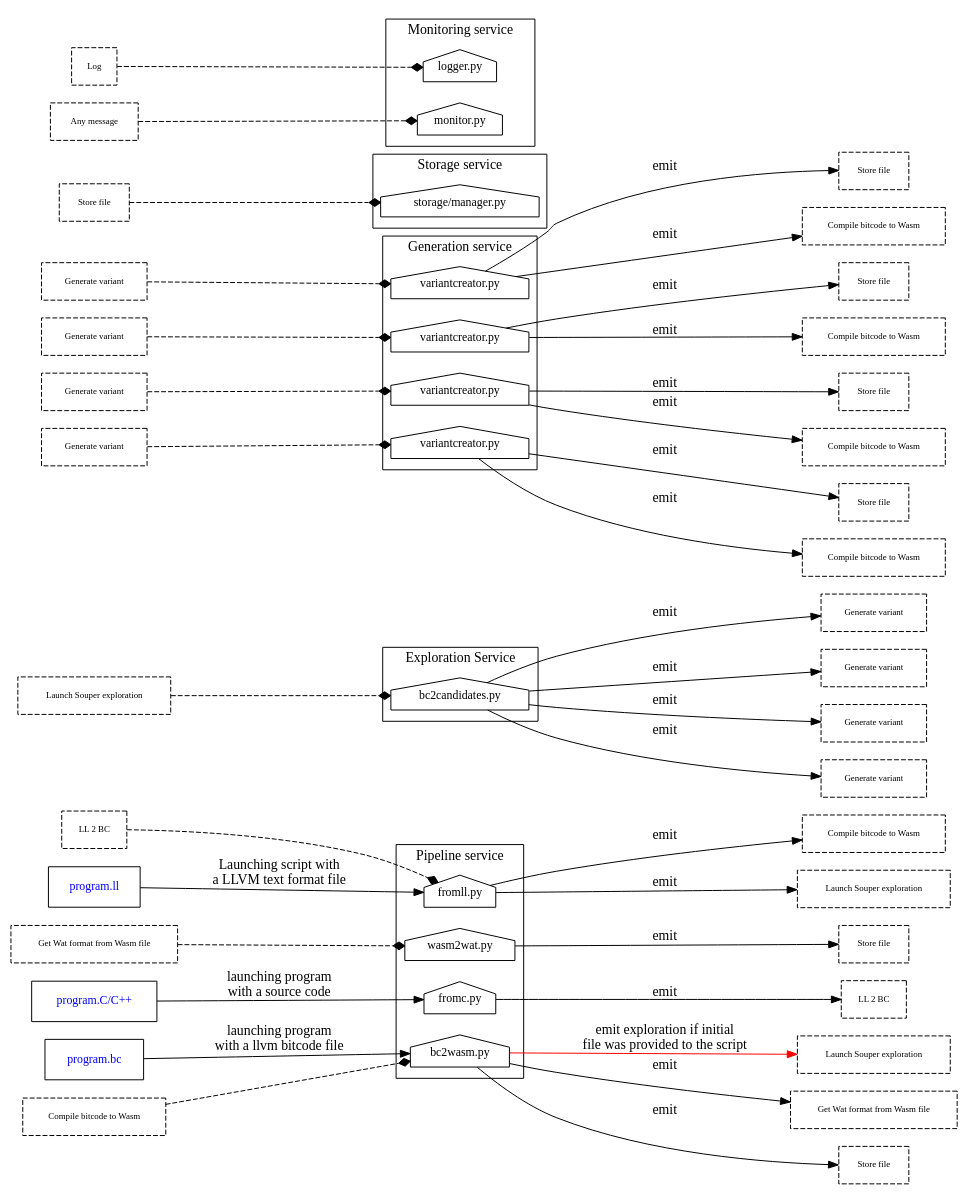
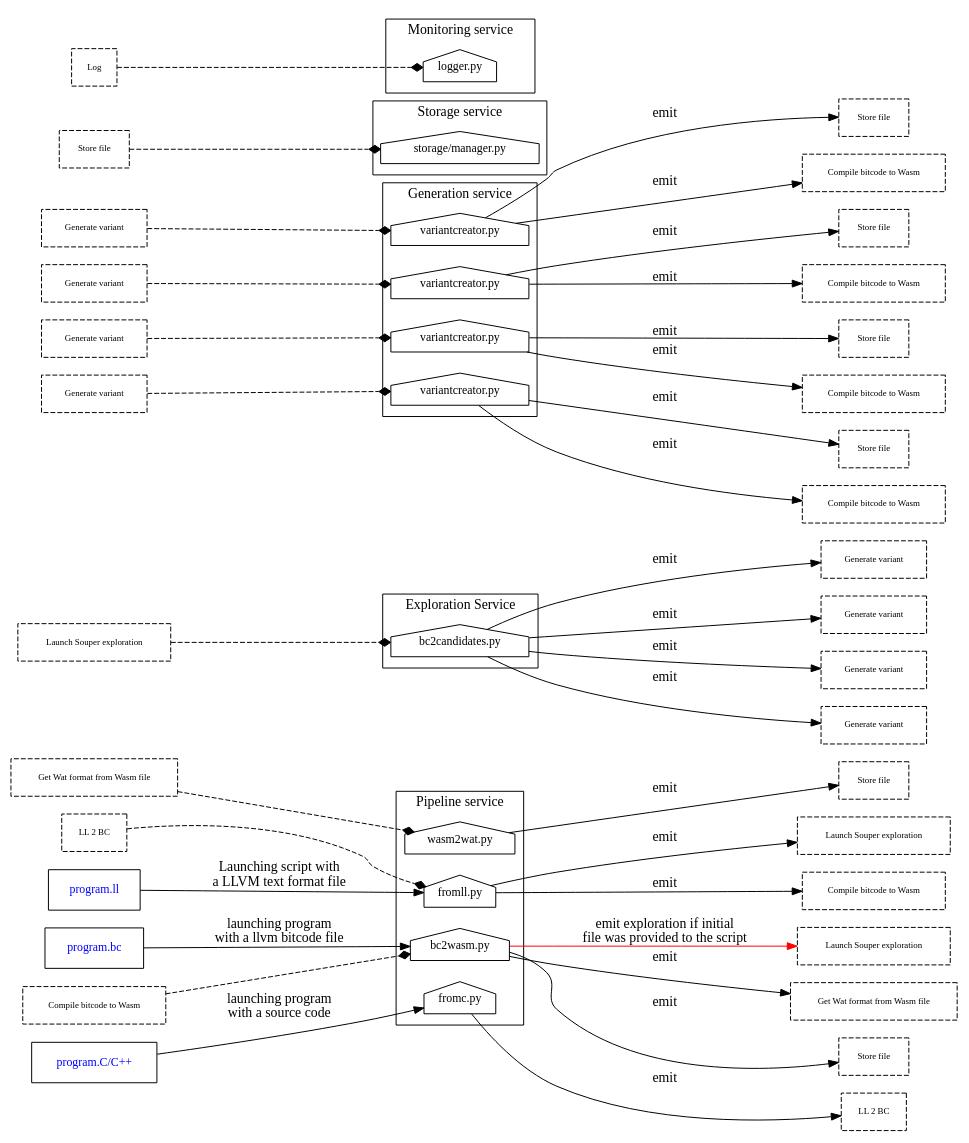
Before and after one commit to ASSERT-KTH/slumps: the diagram in crow/docs/schema.dot, drawn with Graphviz. The commit also changed 3 other files, not shown here.

```diff
--- a/crow/docs/schema.dot
+++ b/crow/docs/schema.dot
@@ -1,181 +1,179 @@
 digraph schemas {
     rankdir="LR"
     concentrate="true"
     # Messages
     {
         node [margin=0.2 fontcolor=black fontsize=9 width=0.5 shape=box style=dashed]
         LL2BC_MESSAGE1 [label="LL 2 BC"]
         LL2BC_MESSAGE2 [label="LL 2 BC"]
         #LL2BC_MESSAGE3 [label="LL 2 BC"]
         #LL2BC_MESSAGE4 [label="LL 2 BC"]
         #LL2BC_MESSAGE5 [label="LL 2 BC"]
         #LL2BC_MESSAGE6 [label="LL 2 BC"]
         #LL2BC_MESSAGE7 [label="LL 2 BC"]
 
         BC2Candidates_MESSAGE1 [label="Launch Souper exploration"]
         BC2Candidates_MESSAGE2 [label="Launch Souper exploration"]
         BC2Candidates_MESSAGE3 [label="Launch Souper exploration"]
         #BC2Candidates_MESSAGE4 [label="Launch Souper exploration"]
         #BC2Candidates_MESSAGE5 [label="Launch Souper exploration"]
 
         BC2WASM_MESSAGE1 [label="Compile bitcode to Wasm"]
         BC2WASM_MESSAGE2 [label="Compile bitcode to Wasm"]
         #BC2WASM_MESSAGE3 [label="Compile bitcode to Wasm"]
         #BC2WASM_MESSAGE4 [label="Compile bitcode to Wasm"]
         BC2WASM_MESSAGE5 [label="Compile bitcode to Wasm"]
         BC2WASM_MESSAGE8 [label="Compile bitcode to Wasm"]
         BC2WASM_MESSAGE9 [label="Compile bitcode to Wasm"]
         BC2WASM_MESSAGE6 [label="Compile bitcode to Wasm"]
 
         WASM2WAT_MESSAGE1 [label="Get Wat format from Wasm file"]
         WASM2WAT_MESSAGE2 [label="Get Wat format from Wasm file"]
         #WASM2WAT_MESSAGE5 [label="Get Wat format from Wasm file"]
         #WASM2WAT_MESSAGE8 [label="Get Wat format from Wasm file"]
         #WASM2WAT_MESSAGE9 [label="Get Wat format from Wasm file"]
 
         STORE_MESSAGE1 [label="Store file"]
         STORE_MESSAGE2 [label="Store file"]
         STORE_MESSAGE6 [label="Store file"]
         STORE_MESSAGE5 [label="Store file"]
         STORE_MESSAGE7 [label="Store file"]
         STORE_MESSAGE9 [label="Store file"]
         STORE_MESSAGE10 [label="Store file"]
 
         GENERATE_VARIANT_MESSAGE1 [label="Generate variant"]
         GENERATE_VARIANT_MESSAGE2 [label="Generate variant"]
         GENERATE_VARIANT_MESSAGE3 [label="Generate variant"]
         GENERATE_VARIANT_MESSAGE4 [label="Generate variant"]
         GENERATE_VARIANT_MESSAGE5 [label="Generate variant"]
         GENERATE_VARIANT_MESSAGE6 [label="Generate variant"]
         GENERATE_VARIANT_MESSAGE7 [label="Generate variant"]
         GENERATE_VARIANT_MESSAGE8 [label="Generate variant"]
 
 
         LOG_MESSAGE [label="Log"]
-        ANY [label="Any message"]
+        # ANY [label="Any message"]
     }
 
     # Files
     {
         node [margin=0.2 fontcolor=blue fontsize=12 width=0.5 shape=box style=solid]
         program_c [label="program.C/C++"]
         #program_wasm [label="program.wasm"]
         #program_wat [label="program.wat"]
         program_ll [label="program.ll"]
         program_bc [label="program.bc"]
     }
 
     # Services
     {
         node [margin=0 fontcolor=black fontsize=12 width=0.5 shape=house style=solid]
         fromc [label="fromc.py"]
         fromll [label="fromll.py"]
         bc2candidates [label="bc2candidates.py"]
         bc2wasm [label="bc2wasm.py"]
         wasm2wat [label="wasm2wat.py"]
-        monitor [label="monitor.py"]
+        # monitor [label="monitor.py"]
         logger [label="logger.py"]
         storage [label="storage/manager.py"]
         generatevariant_1 [label="variantcreator.py"]
         generatevariant_2 [label="variantcreator.py"]
         generatevariant_3 [label="variantcreator.py"]
         generatevariant_4 [label="variantcreator.py"]
     }
 
     subgraph clusterEntryPoints
     {
         label="Pipeline service";
         subgraph "entries"
         {
             fromc;
             fromll;
             bc2wasm;
             wasm2wat;
         }
     }
     subgraph clusterExploration
     {
         label="Exploration Service";
         subgraph "bc2candidates"
         {
             bc2candidates;
         }
     }
 
     subgraph clusterGeneration
     {
         label="Generation service";
         subgraph "entries"
         {
             generatevariant_1;
             generatevariant_2;
             generatevariant_3;
             generatevariant_4;
         }
     }
 
 
     subgraph clusterStorage
     {
         label="Storage service";
         subgraph "entries"
         {
             storage;
         }
     }
 
     subgraph clusterMonitoring
     {
         label="Monitoring service";
         subgraph "entries"
         {
             logger;
-            monitor;
         }
     }
 
     program_ll -> fromll [label = "Launching script with \n a LLVM text format file"]
     LL2BC_MESSAGE1 -> fromll [arrowhead = diamond style = dashed];
     fromll -> { BC2Candidates_MESSAGE1 BC2WASM_MESSAGE1 }  [label="emit"];
     bc2wasm -> { BC2Candidates_MESSAGE3 }  [label="emit exploration if initial\n file was provided to the script" color=red];
 
     BC2WASM_MESSAGE2 -> bc2wasm [arrowhead = diamond style = dashed];
     program_bc -> bc2wasm [label="launching program\n with a llvm bitcode file"];
     bc2wasm -> {WASM2WAT_MESSAGE1, STORE_MESSAGE1 } [label="emit"];
     program_c -> fromc [label="launching program\n with a source code"];
 
     fromc -> { LL2BC_MESSAGE2 } [label="emit"];
 
     WASM2WAT_MESSAGE2 -> wasm2wat [arrowhead = diamond style = dashed];
 
     wasm2wat -> { STORE_MESSAGE2 } [label="emit"];
 
     BC2Candidates_MESSAGE2 -> bc2candidates [arrowhead = diamond style = dashed];
 
     bc2candidates -> { GENERATE_VARIANT_MESSAGE1 } [label="emit"];
     bc2candidates -> { GENERATE_VARIANT_MESSAGE2 } [label="emit"];
     bc2candidates -> { GENERATE_VARIANT_MESSAGE3 } [label="emit"];
     bc2candidates -> { GENERATE_VARIANT_MESSAGE4 } [label="emit"];
 
     GENERATE_VARIANT_MESSAGE5 -> generatevariant_1 [arrowhead = diamond style = dashed];
     generatevariant_1 -> { BC2WASM_MESSAGE5,  STORE_MESSAGE5 } [label="emit"];
 
     GENERATE_VARIANT_MESSAGE6 -> generatevariant_2 [arrowhead = diamond style = dashed];
     generatevariant_2 -> { BC2WASM_MESSAGE6,  STORE_MESSAGE6 } [label="emit"];
 
     GENERATE_VARIANT_MESSAGE7 -> generatevariant_3 [arrowhead = diamond style = dashed];
     generatevariant_3 -> { BC2WASM_MESSAGE8,  STORE_MESSAGE7 } [label="emit"];
 
 
     GENERATE_VARIANT_MESSAGE8 -> generatevariant_4 [arrowhead = diamond style = dashed];
     generatevariant_4 -> { BC2WASM_MESSAGE9,  STORE_MESSAGE9 } [label="emit"];
 
     STORE_MESSAGE10 -> storage [arrowhead = diamond style = dashed];
 
-    ANY -> monitor [arrowhead = diamond style = dashed];
     LOG_MESSAGE -> logger [arrowhead = diamond style = dashed];
 
 
 
     #{ STORE_MESSAGE, LL2BC_MESSAGE, BC2Candidates_MESSAGE, BC2WASM_MESSAGE, WASM2WAT_MESSAGE, STORE_MESSAGE, GENERATE_VARIANT_MESSAGE } -> monitor_service
 }
```
